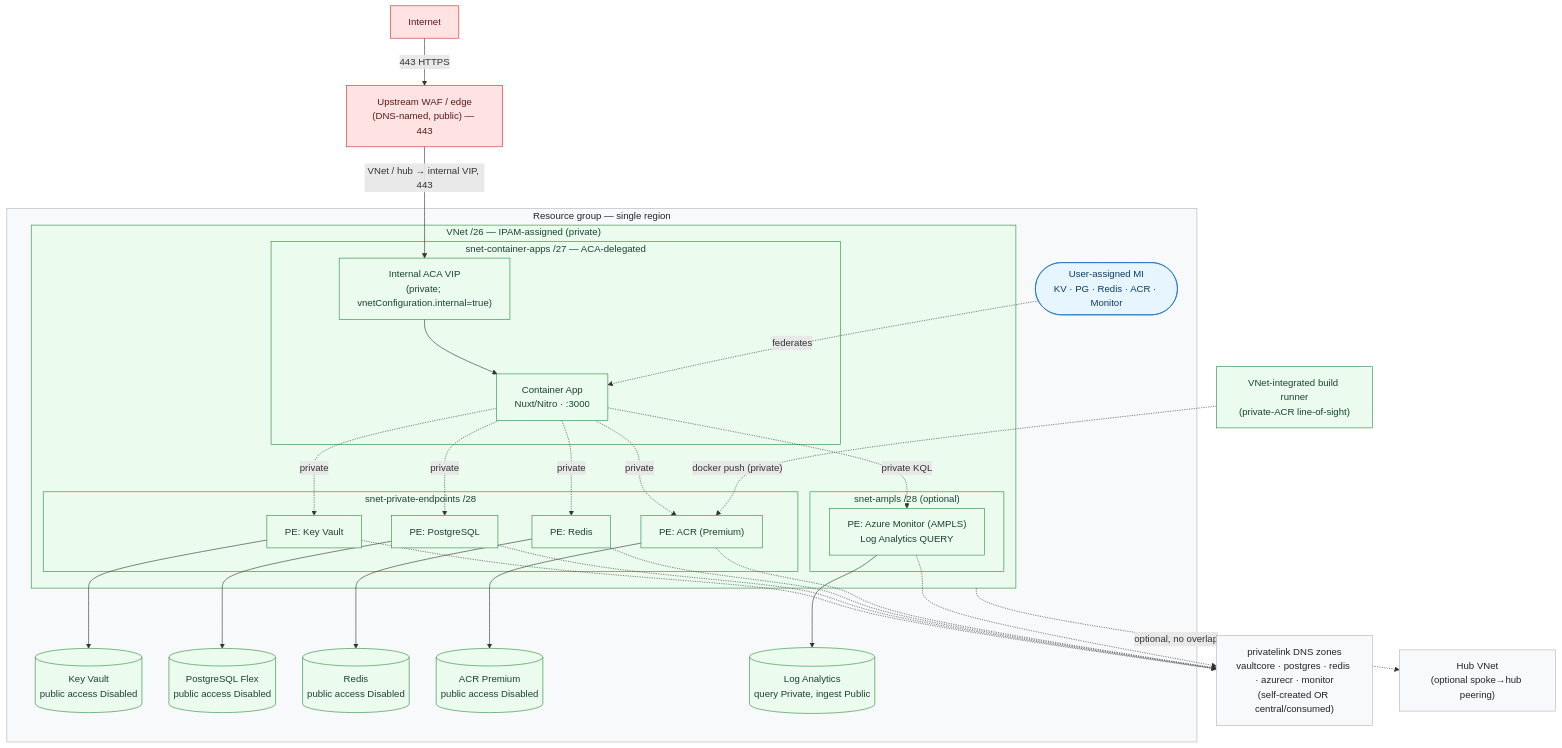
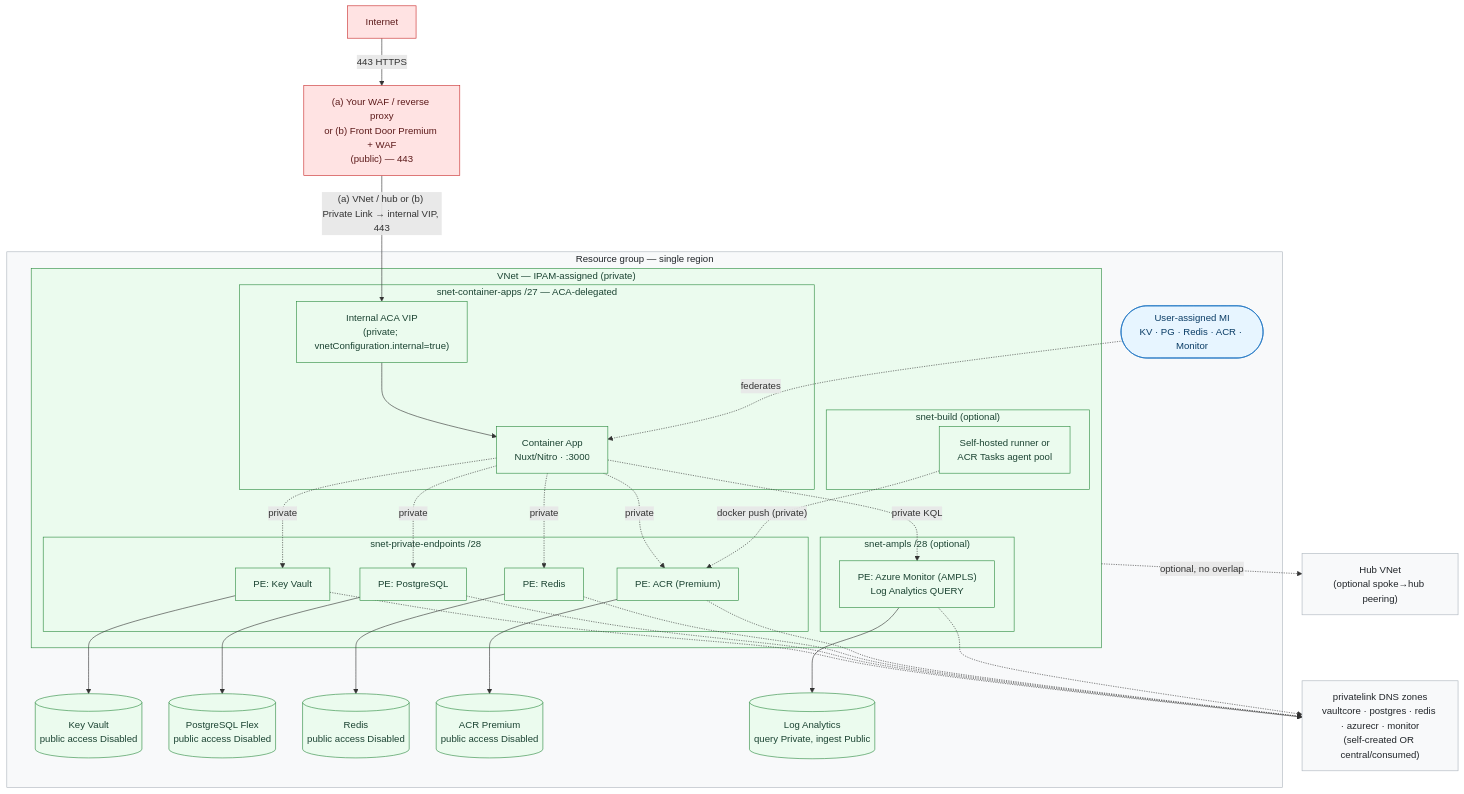
One commit to Insight-Services-APAC/tokenscope-public changed the diagram in docs/wiki/Network-Architecture.md. Above: the diagram before and after it, drawn with Mermaid. The commit also changed other lines of this file and 66 other files, not shown here.

Commit message:
Release snapshot 2026-09-29 (cba982b4): tested staging/production deployment with Front Door Premium over Private Link, example GitHub Actions workflows, public docs sweep

````diff
--- a/docs/wiki/Network-Architecture.md
+++ b/docs/wiki/Network-Architecture.md
@@ -37,60 +39,62 @@
 ```mermaid
 %%{init: {'flowchart': {'curve':'basis','nodeSpacing':45,'rankSpacing':55,'htmlLabels':true}}}%%
 flowchart TB
     NET["Internet"]
-    WAF["Upstream WAF / edge<br/>(DNS-named, public) — 443"]
+    WAF["(a) Your WAF / reverse proxy<br/>or (b) Front Door Premium + WAF<br/>(public) — 443"]
 
     subgraph RG["Resource group — single region"]
-        subgraph VNET["VNet /26 — IPAM-assigned (private)"]
+        subgraph VNET["VNet — IPAM-assigned (private)"]
             subgraph SACA["snet-container-apps /27 — ACA-delegated"]
                 VIP["Internal ACA VIP<br/>(private; vnetConfiguration.internal=true)"]
                 APP["Container App<br/>Nuxt/Nitro · :3000"]
             end
             subgraph SPE["snet-private-endpoints /28"]
                 PEKV["PE: Key Vault"]
                 PEPG["PE: PostgreSQL"]
                 PERS["PE: Redis"]
                 PEACR["PE: ACR (Premium)"]
             end
             subgraph SAMPLS["snet-ampls /28 (optional)"]
                 PEAM["PE: Azure Monitor (AMPLS)<br/>Log Analytics QUERY"]
             end
+            subgraph SBUILD["snet-build (optional)"]
+                RUN["Self-hosted runner or<br/>ACR Tasks agent pool"]
+            end
         end
 
         KV[("Key Vault<br/>public access Disabled")]
         PG[("PostgreSQL Flex<br/>public access Disabled")]
         RS[("Redis<br/>public access Disabled")]
         ACR[("ACR Premium<br/>public access Disabled")]
         LAW[("Log Analytics<br/>query Private, ingest Public")]
         MI(["User-assigned MI<br/>KV · PG · Redis · ACR · Monitor"])
     end
 
     DNS["privatelink DNS zones<br/>vaultcore · postgres · redis · azurecr · monitor<br/>(self-created OR central/consumed)"]
     HUB["Hub VNet<br/>(optional spoke→hub peering)"]
-    RUN["VNet-integrated build runner<br/>(private-ACR line-of-sight)"]
 
     NET -->|"443 HTTPS"| WAF
-    WAF -->|"VNet / hub → internal VIP, 443"| VIP --> APP
+    WAF -->|"(a) VNet / hub or (b) Private Link → internal VIP, 443"| VIP --> APP
     APP -.->|private| PEKV --> KV
     APP -.->|private| PEPG --> PG
     APP -.->|private| PERS --> RS
     APP -.->|private| PEACR --> ACR
     APP -.->|private KQL| PEAM --> LAW
     PEKV -.-> DNS
     PEPG -.-> DNS
     PERS -.-> DNS
     PEACR -.-> DNS
     PEAM -.-> DNS
     RUN -.->|"docker push (private)"| PEACR
     MI -.federates.-> APP
     VNET -.->|"optional, no overlap"| HUB
 
     classDef public fill:#ffe3e3,stroke:#c92a2a,stroke-width:1px,color:#5c1a1a;
     classDef private fill:#ebfbee,stroke:#2b8a3e,stroke-width:1px,color:#1b4332;
     classDef ident fill:#e7f5ff,stroke:#1971c2,stroke-width:1px,color:#0b3d66;
     classDef zone fill:#f8f9fa,stroke:#adb5bd,stroke-width:1px,color:#212529;
     class NET,WAF public;
-    class VNET,SACA,SPE,SAMPLS,VIP,APP,KV,PG,RS,ACR,LAW,PEKV,PEPG,PERS,PEACR,PEAM,RUN private;
+    class VNET,SACA,SPE,SAMPLS,SBUILD,VIP,APP,KV,PG,RS,ACR,LAW,PEKV,PEPG,PERS,PEACR,PEAM,RUN private;
     class MI ident;
     class RG,DNS,HUB zone;
 ```
````
